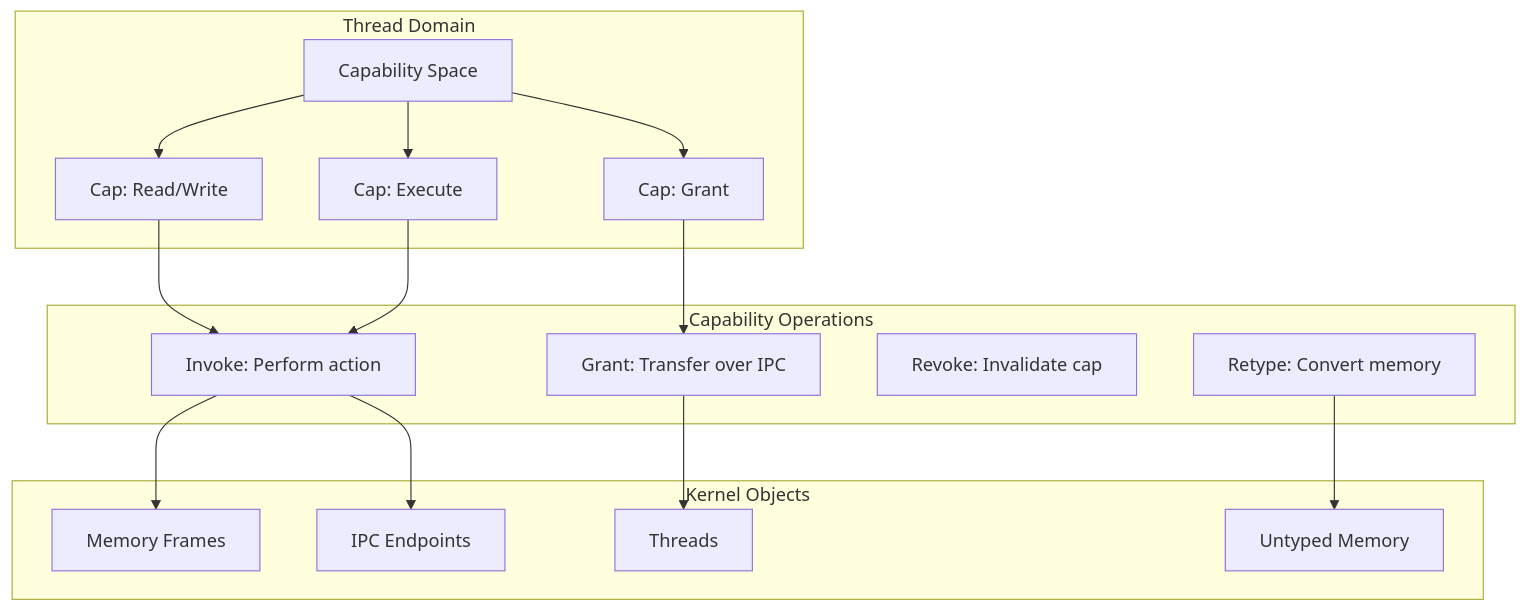
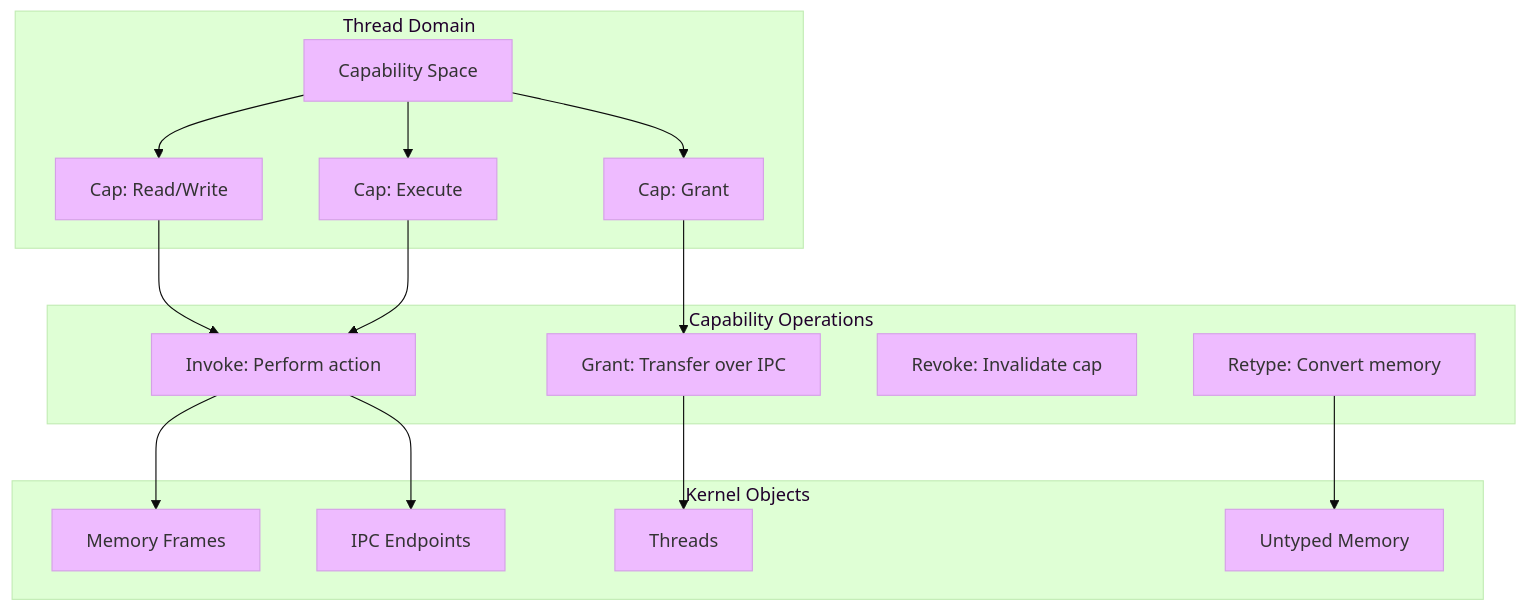
One commit to CloudCarpentry/Bharat-OS changed the third of 7 diagrams in README.md. Above: the diagram before and after it, drawn with Mermaid. The commit also changed other lines of this file and 3 other files, not shown here.

First line of the commit message:
docs: update README, ADRs, and architecture docs for structured panics and FBUI

````diff
--- a/README.md
+++ b/README.md
@@ -161,36 +167,37 @@
 ```mermaid
+%%{init: {'theme': 'base', 'themeVariables': { 'primaryColor': '#eebbff', 'edgeLabelBackground':'#ffffff'}}}%%
 graph TD
     subgraph Thread [Thread Domain]
         CSpace[Capability Space]
         Cap1[Cap: Read/Write]
         Cap2[Cap: Execute]
         Cap3[Cap: Grant]
 
         CSpace --> Cap1
         CSpace --> Cap2
         CSpace --> Cap3
     end
 
     subgraph Operations [Capability Operations]
         Invoke[Invoke: Perform action]
         Grant[Grant: Transfer over IPC]
         Revoke[Revoke: Invalidate cap]
         Retype[Retype: Convert memory]
     end
 
     subgraph KernelObjects [Kernel Objects]
         Mem[Memory Frames]
         EP[IPC Endpoints]
         T[Threads]
         U[Untyped Memory]
     end
 
     Cap1 --> Invoke
     Cap2 --> Invoke
     Cap3 --> Grant
 
     Invoke --> Mem
     Invoke --> EP
     Grant --> T
     Retype --> U
 ```
````
